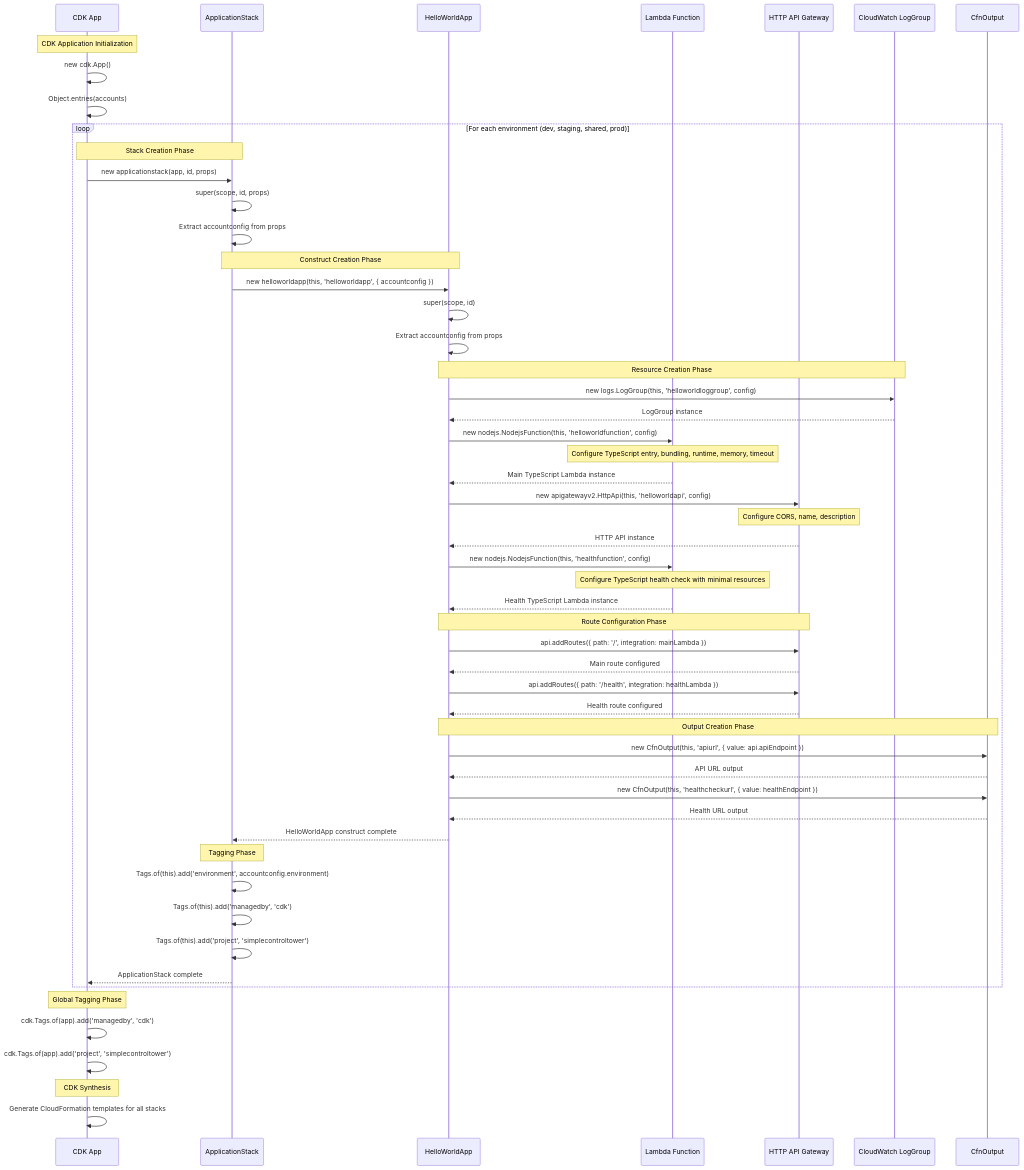
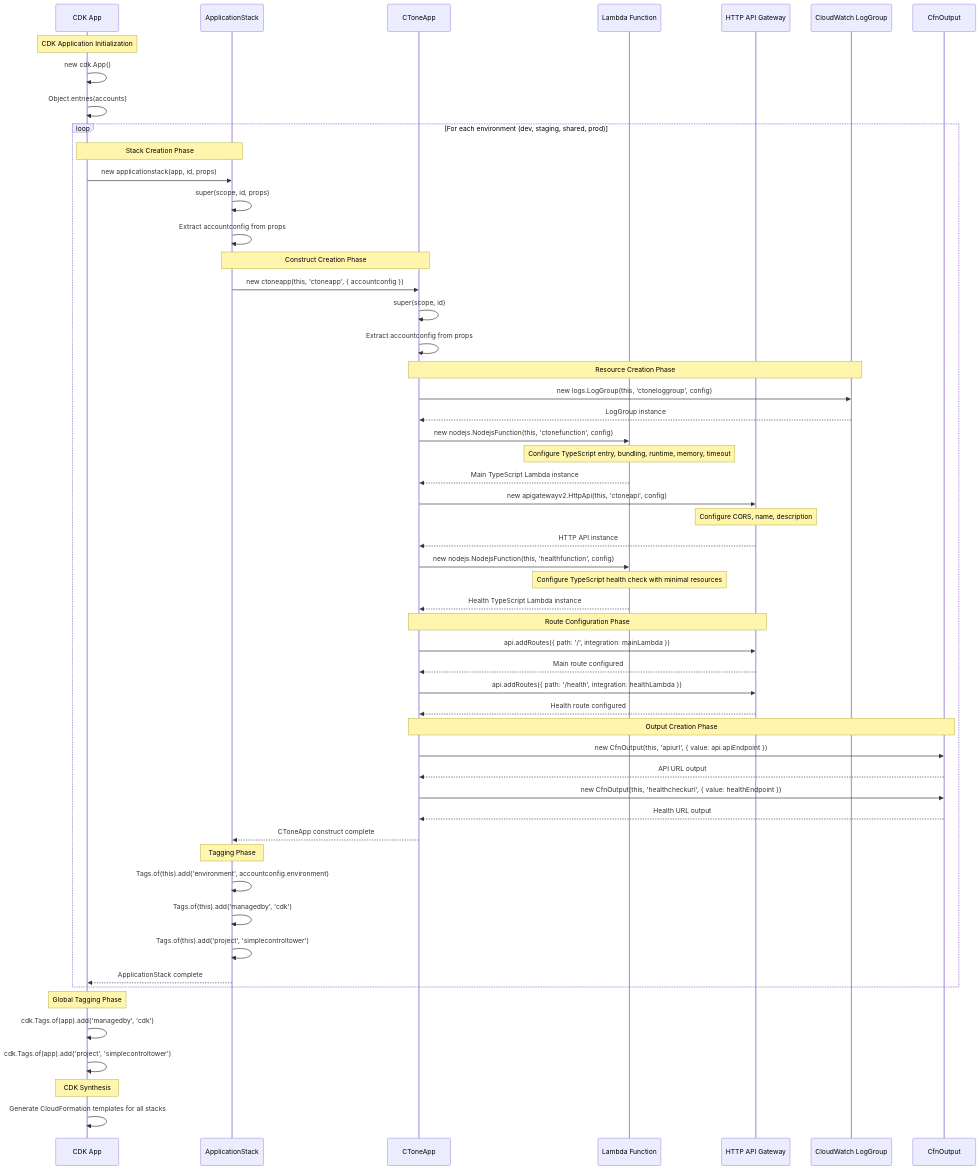
One commit to robertrahardja/gctone changed diagram 13 of 17 in docs/automated/APP_FLOW.md. Above: the diagram before and after it, drawn with Mermaid. The commit also changed other lines of this file and 33 other files, not shown here.

````diff
--- a/docs/automated/APP_FLOW.md
+++ b/docs/automated/APP_FLOW.md
@@ -729,72 +729,72 @@
 ```mermaid
 sequenceDiagram
     participant App as CDK App
     participant Stack as ApplicationStack
-    participant Construct as HelloWorldApp
+    participant Construct as CToneApp
     participant Lambda as Lambda Function
     participant API as HTTP API Gateway
     participant LogGroup as CloudWatch LogGroup
     participant Output as CfnOutput
 
     Note over App: CDK Application Initialization
     App->>App: new cdk.App()
     App->>App: Object.entries(accounts)
 
     loop For each environment (dev, staging, shared, prod)
         Note over App,Stack: Stack Creation Phase
         App->>Stack: new applicationstack(app, id, props)
         Stack->>Stack: super(scope, id, props)
         Stack->>Stack: Extract accountconfig from props
 
         Note over Stack,Construct: Construct Creation Phase
-        Stack->>Construct: new helloworldapp(this, 'helloworldapp', { accountconfig })
+        Stack->>Construct: new ctoneapp(this, 'ctoneapp', { accountconfig })
         Construct->>Construct: super(scope, id)
         Construct->>Construct: Extract accountconfig from props
 
         Note over Construct,LogGroup: Resource Creation Phase
-        Construct->>LogGroup: new logs.LogGroup(this, 'helloworldloggroup', config)
+        Construct->>LogGroup: new logs.LogGroup(this, 'ctoneloggroup', config)
         LogGroup-->>Construct: LogGroup instance
 
-        Construct->>Lambda: new nodejs.NodejsFunction(this, 'helloworldfunction', config)
+        Construct->>Lambda: new nodejs.NodejsFunction(this, 'ctonefunction', config)
         Note over Lambda: Configure TypeScript entry, bundling, runtime, memory, timeout
         Lambda-->>Construct: Main TypeScript Lambda instance
 
-        Construct->>API: new apigatewayv2.HttpApi(this, 'helloworldapi', config)
+        Construct->>API: new apigatewayv2.HttpApi(this, 'ctoneapi', config)
         Note over API: Configure CORS, name, description
         API-->>Construct: HTTP API instance
 
         Construct->>Lambda: new nodejs.NodejsFunction(this, 'healthfunction', config)
         Note over Lambda: Configure TypeScript health check with minimal resources
         Lambda-->>Construct: Health TypeScript Lambda instance
 
         Note over Construct,API: Route Configuration Phase
         Construct->>API: api.addRoutes({ path: '/', integration: mainLambda })
         API-->>Construct: Main route configured
 
         Construct->>API: api.addRoutes({ path: '/health', integration: healthLambda })
         API-->>Construct: Health route configured
 
         Note over Construct,Output: Output Creation Phase
         Construct->>Output: new CfnOutput(this, 'apiurl', { value: api.apiEndpoint })
         Output-->>Construct: API URL output
 
         Construct->>Output: new CfnOutput(this, 'healthcheckurl', { value: healthEndpoint })
         Output-->>Construct: Health URL output
 
-        Construct-->>Stack: HelloWorldApp construct complete
+        Construct-->>Stack: CToneApp construct complete
 
         Note over Stack: Tagging Phase
         Stack->>Stack: Tags.of(this).add('environment', accountconfig.environment)
         Stack->>Stack: Tags.of(this).add('managedby', 'cdk')
         Stack->>Stack: Tags.of(this).add('project', 'simplecontroltower')
 
         Stack-->>App: ApplicationStack complete
     end
 
     Note over App: Global Tagging Phase
     App->>App: cdk.Tags.of(app).add('managedby', 'cdk')
     App->>App: cdk.Tags.of(app).add('project', 'simplecontroltower')
 
     Note over App: CDK Synthesis
     App->>App: Generate CloudFormation templates for all stacks
 ```
````
